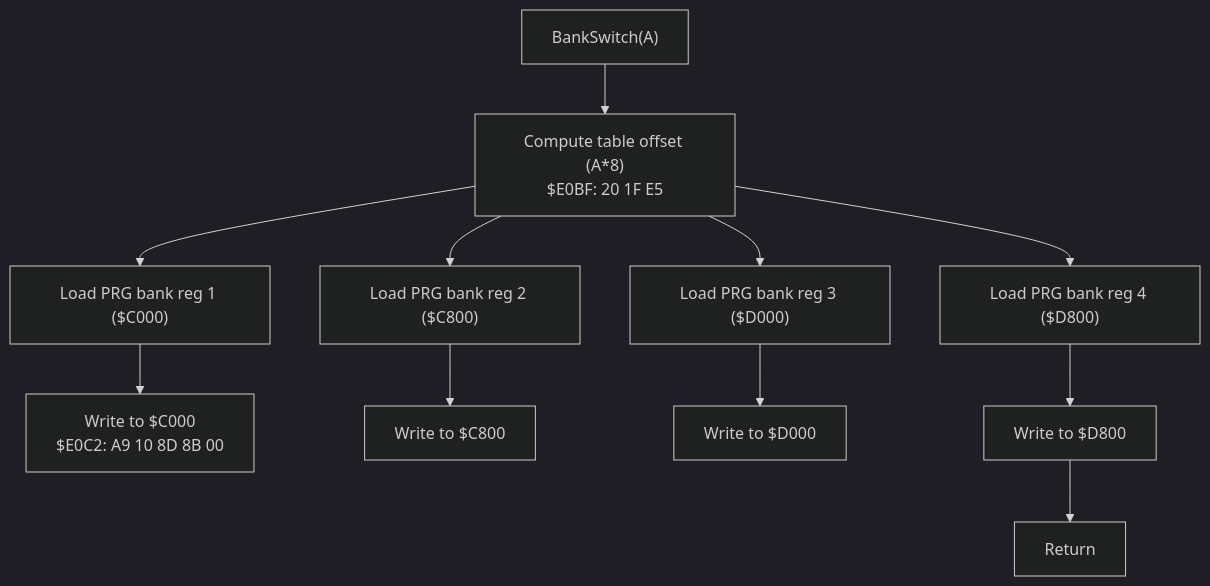
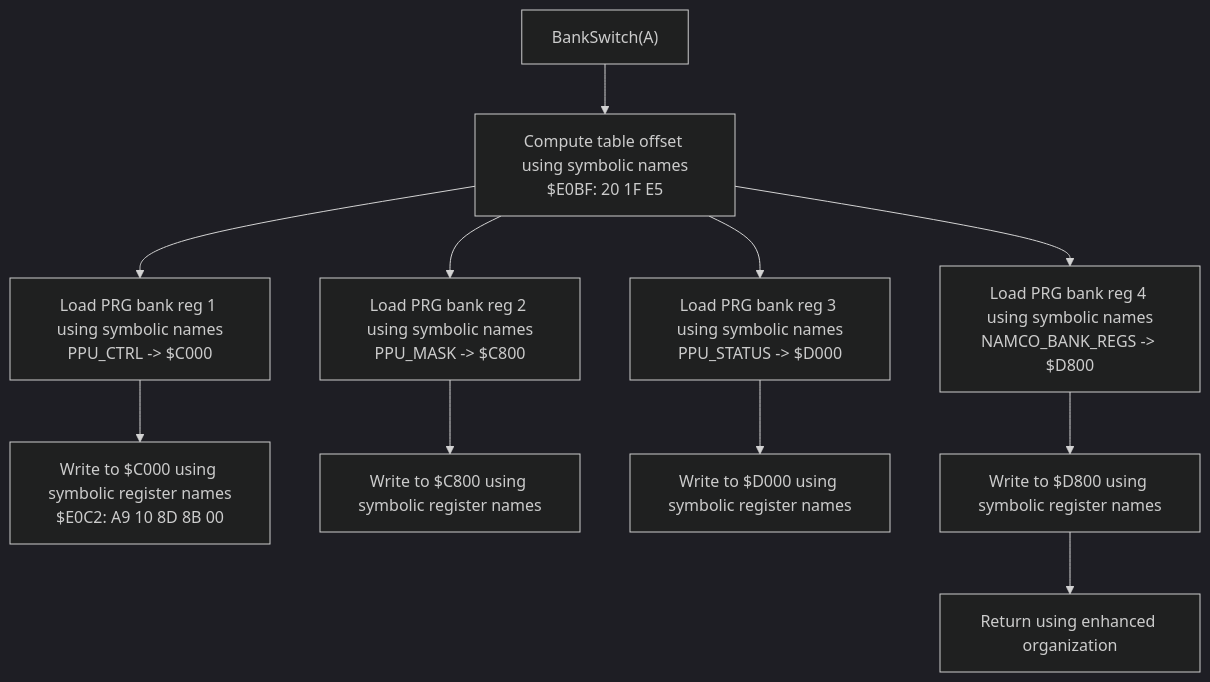
The sixth of 9 diagrams in .qoder/repowiki/en/content/Assembly Architecture/Assembly Architecture.md (rabbyzero/sango2dasm), drawn with Mermaid (dark theme) before and after one commit. The commit also changed other lines of this file and 23 other files, not shown here.

````diff
--- a/.qoder/repowiki/en/content/Assembly Architecture/Assembly Architecture.md
+++ b/.qoder/repowiki/en/content/Assembly Architecture/Assembly Architecture.md
@@ -254,13 +254,13 @@
 ```mermaid
 flowchart TD
-CALL["BankSwitch(A)"] --> TABLEIDX["Compute table offset (A*8)<br/>$E0BF: 20 1F E5"]
-TABLEIDX --> LOAD1["Load PRG bank reg 1 ($C000)"]
-LOAD1 --> WRITE1["Write to $C000<br/>$E0C2: A9 10 8D 8B 00"]
-TABLEIDX --> LOAD2["Load PRG bank reg 2 ($C800)"]
-LOAD2 --> WRITE2["Write to $C800"]
-TABLEIDX --> LOAD3["Load PRG bank reg 3 ($D000)"]
-LOAD3 --> WRITE3["Write to $D000"]
-TABLEIDX --> LOAD4["Load PRG bank reg 4 ($D800)"]
-LOAD4 --> WRITE4["Write to $D800"]
-WRITE4 --> DONE["Return"]
+CALL["BankSwitch(A)"] --> TABLEIDX["Compute table offset using symbolic names<br/>$E0BF: 20 1F E5"]
+TABLEIDX --> LOAD1["Load PRG bank reg 1 using symbolic names<br/>PPU_CTRL -> $C000"]
+LOAD1 --> WRITE1["Write to $C000 using symbolic register names<br/>$E0C2: A9 10 8D 8B 00"]
+TABLEIDX --> LOAD2["Load PRG bank reg 2 using symbolic names<br/>PPU_MASK -> $C800"]
+LOAD2 --> WRITE2["Write to $C800 using symbolic register names"]
+TABLEIDX --> LOAD3["Load PRG bank reg 3 using symbolic names<br/>PPU_STATUS -> $D000"]
+LOAD3 --> WRITE3["Write to $D000 using symbolic register names"]
+TABLEIDX --> LOAD4["Load PRG bank reg 4 using symbolic names<br/>NAMCO_BANK_REGS -> $D800"]
+LOAD4 --> WRITE4["Write to $D800 using symbolic register names"]
+WRITE4 --> DONE["Return using enhanced organization"]
 ```
````
